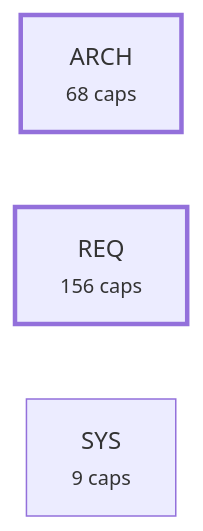
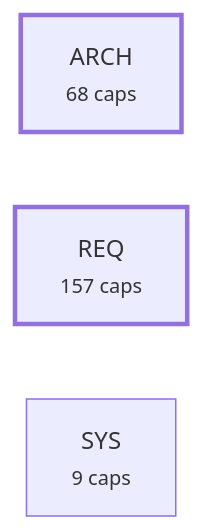
One commit to alxmax/Requirement-manager changed the fourth of 5 diagrams in plugin/requirements/_map.md. Above: the diagram before and after it, drawn with Mermaid. The commit also changed other lines of this file and 19 other files, not shown here.

````diff
--- a/plugin/requirements/_map.md
+++ b/plugin/requirements/_map.md
@@ -944,8 +945,8 @@
 ```mermaid
 graph LR
   a_ARCH["ARCH<br><small>68 caps</small>"]
-  a_REQ["REQ<br><small>156 caps</small>"]
+  a_REQ["REQ<br><small>157 caps</small>"]
   a_SYS["SYS<br><small>9 caps</small>"]
   style a_ARCH stroke-width:3px
   style a_REQ stroke-width:3px
 ```
````
